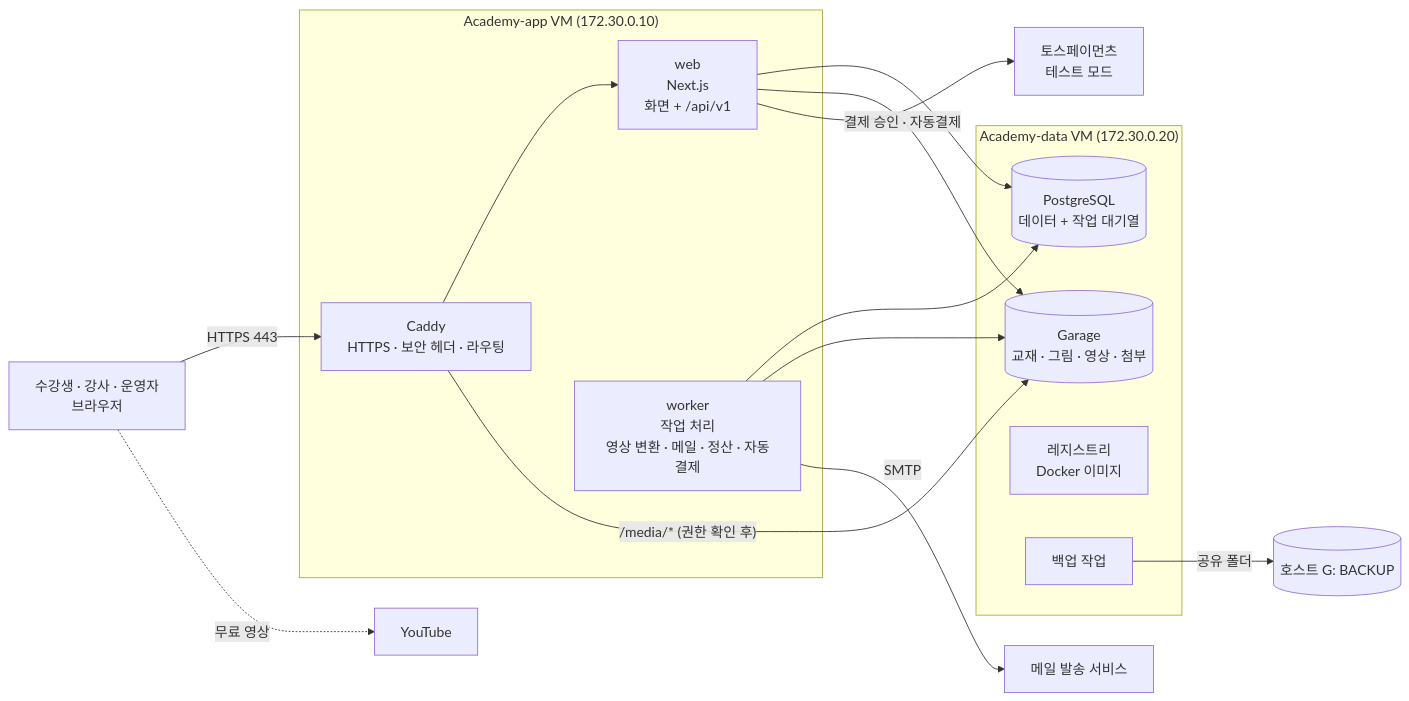
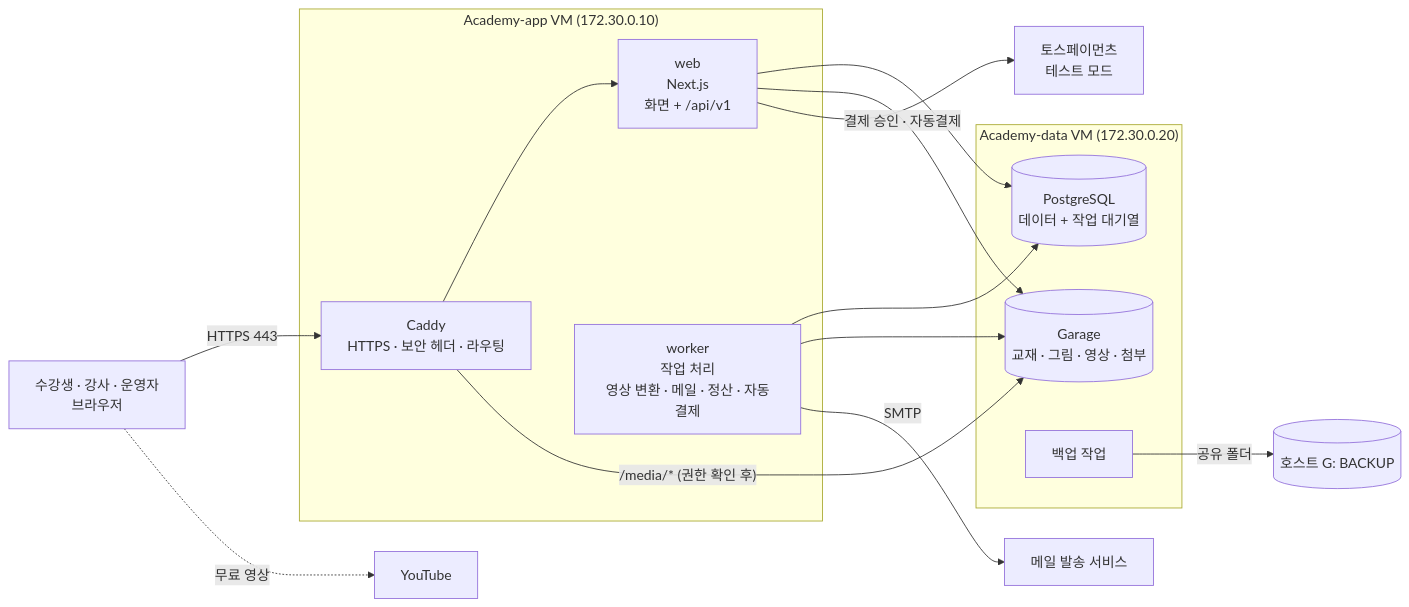
One commit to StudyNLab/academy changed the diagram in docs/기술설계.md. Above: the diagram before and after it, drawn with Mermaid. The commit also changed other lines of this file and 9 other files, not shown here.

````diff
--- a/docs/기술설계.md
+++ b/docs/기술설계.md
@@ -12,25 +12,24 @@
 ```mermaid
 flowchart LR
   U[수강생 · 강사 · 운영자<br>브라우저] -->|HTTPS 443| C
   subgraph APP["Academy-app VM (172.30.0.10)"]
     C[Caddy<br>HTTPS · 보안 헤더 · 라우팅]
     W[web<br>Next.js<br>화면 + /api/v1]
     K[worker<br>작업 처리<br>영상 변환 · 메일 · 정산 · 자동결제]
     C --> W
   end
   subgraph DATA["Academy-data VM (172.30.0.20)"]
     P[(PostgreSQL<br>데이터 + 작업 대기열)]
     M[(Garage<br>교재 · 그림 · 영상 · 첨부)]
-    R[레지스트리<br>Docker 이미지]
     B[백업 작업]
   end
   W --> P
   W --> M
   K --> P
   K --> M
   C -->|"/media/* (권한 확인 후)"| M
   K -->|SMTP| E[메일 발송 서비스]
   W -->|결제 승인 · 자동결제| T[토스페이먼츠<br>테스트 모드]
   U -.->|무료 영상| Y[YouTube]
   B -->|공유 폴더| G[(호스트 G: BACKUP)]
 ```
````
